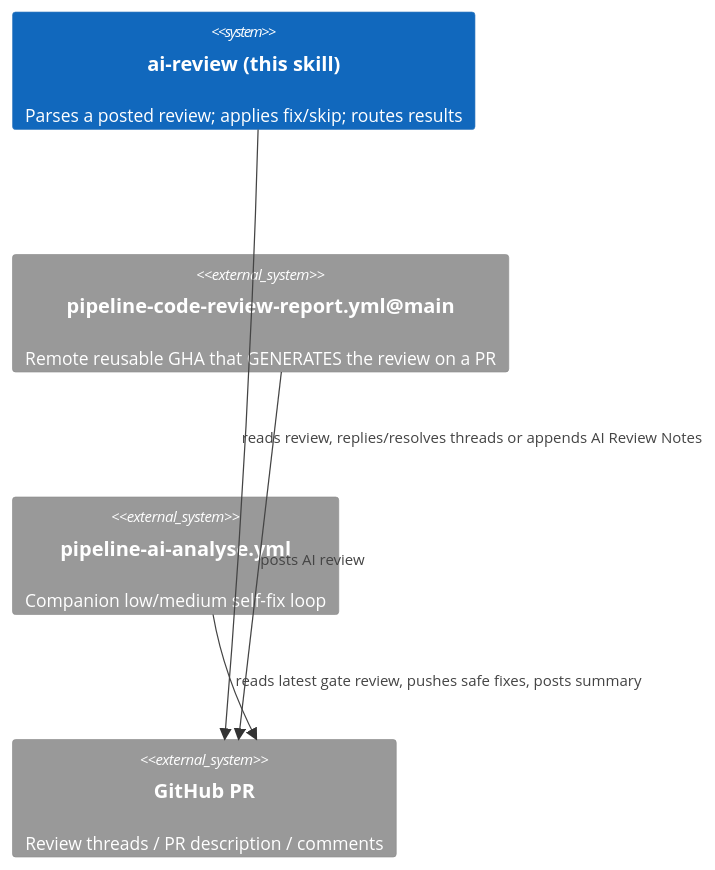
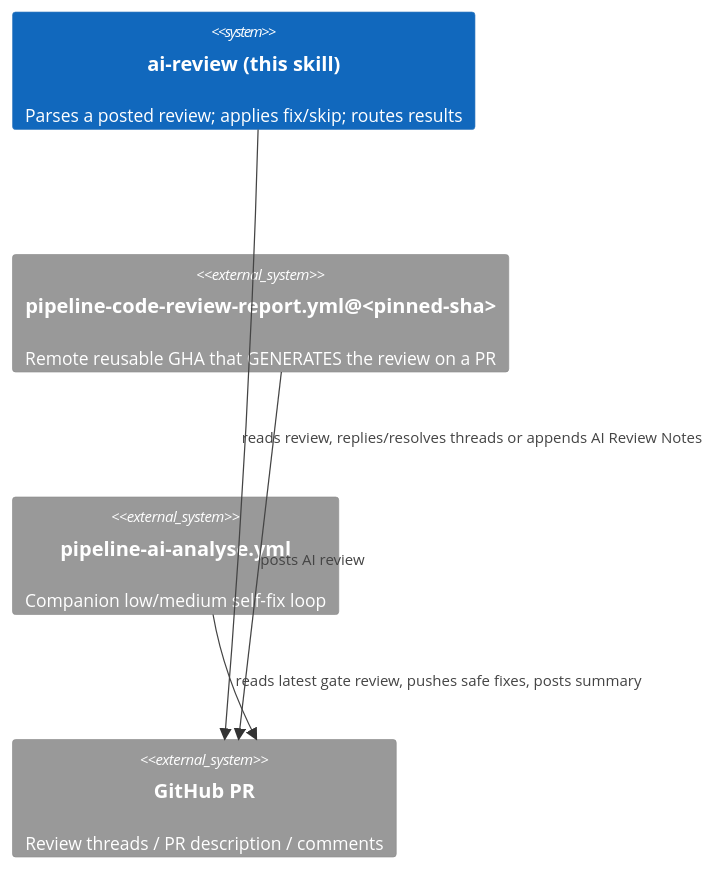
One commit to generic-automation-and-it/smooth-llm-imposter changed the diagram in .agents/skills/ai-review/AGENTS.md. Above: the diagram before and after it, drawn with Mermaid. The commit also changed other lines of this file and 4 other files, not shown here.

Commit message:
chore(ai-review): sync upstream skill delta and pin workflow sha

````diff
--- a/.agents/skills/ai-review/AGENTS.md
+++ b/.agents/skills/ai-review/AGENTS.md
@@ -15,10 +15,10 @@
 ```mermaid
 C4Context
   System(consumer, "ai-review (this skill)", "Parses a posted review; applies fix/skip; routes results")
-  System_Ext(gha, "pipeline-code-review-report.yml@main", "Remote reusable GHA that GENERATES the review on a PR")
+  System_Ext(gha, "pipeline-code-review-report.yml@<pinned-sha>", "Remote reusable GHA that GENERATES the review on a PR")
   System_Ext(analyse, "pipeline-ai-analyse.yml", "Companion low/medium self-fix loop")
   System_Ext(gh, "GitHub PR", "Review threads / PR description / comments")
   Rel(gha, gh, "posts AI review")
   Rel(analyse, gh, "reads latest gate review, pushes safe fixes, posts summary")
   Rel(consumer, gh, "reads review, replies/resolves threads or appends AI Review Notes")
 ```
````
